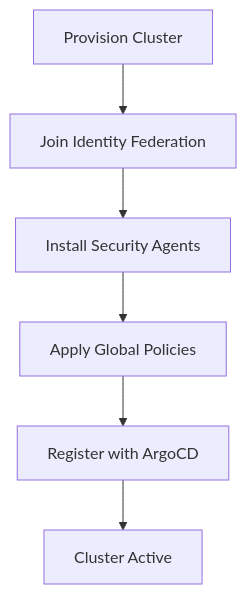
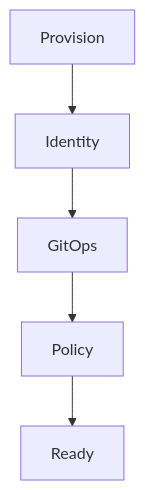
The fourth of 30 diagrams in README.md (Devopstrio/hybrid-kubernetes-pattern), drawn with Mermaid before and after one commit. The commit also changed other lines of this file, not shown here.

Commit message:
docs: expand README with 30+ architectural diagrams

````diff
--- a/README.md
+++ b/README.md
@@ -134,8 +61,7 @@
 ```mermaid
 graph TD
-    Start[Provision Cluster] --> Identity[Join Identity Federation]
-    Identity --> Security[Install Security Agents]
-    Security --> Policy[Apply Global Policies]
-    Policy --> GitOps[Register with ArgoCD]
-    GitOps --> Ready[Cluster Active]
+    S[Provision] --> I[Identity]
+    I --> G[GitOps]
+    G --> P[Policy]
+    P --> R[Ready]
 ```
````
